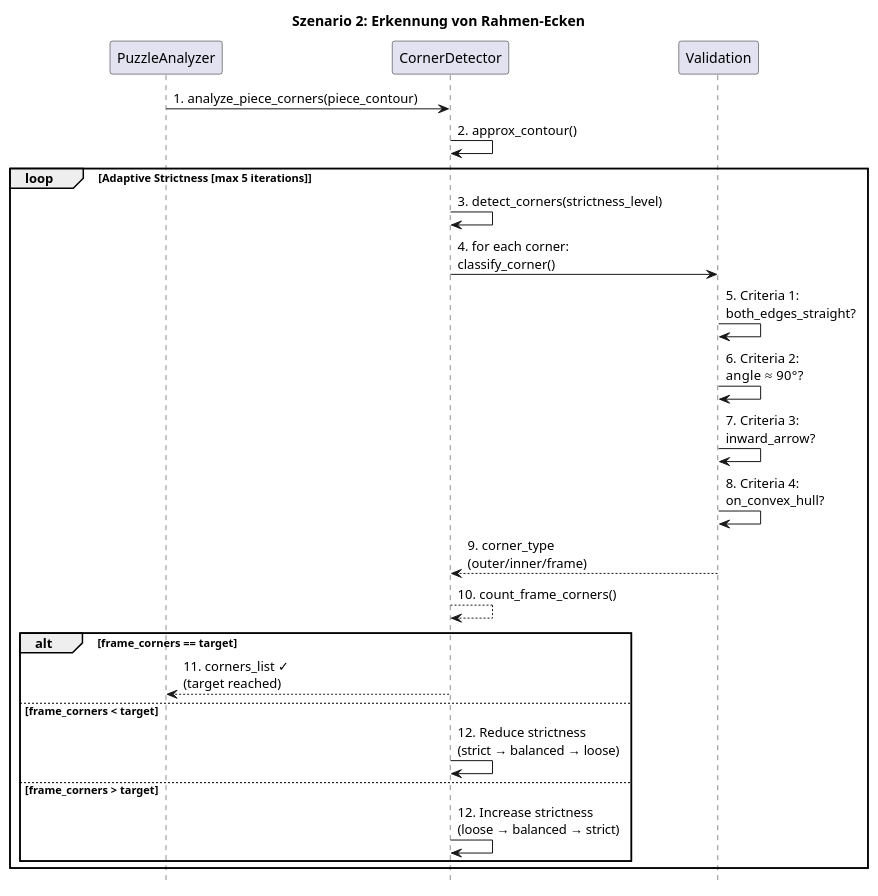
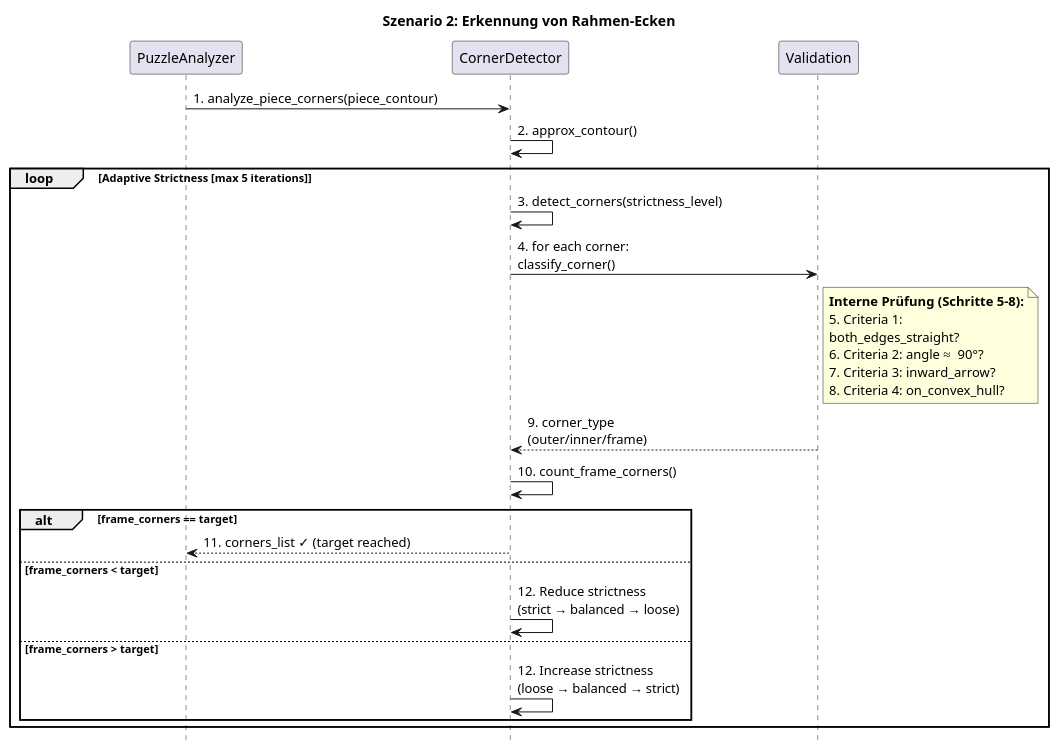
The diagram in diagrams/szenario2-frame-corner-detection.puml (PrenTeam3/simulator-v2), drawn with PlantUML before and after one commit. The commit also changed 4 other files, not shown here.

Commit message:
updated diagramm

```diff
--- a/diagrams/szenario2-frame-corner-detection.puml
+++ b/diagrams/szenario2-frame-corner-detection.puml
@@ -1,44 +1,49 @@
 @startuml
 title Szenario 2: Erkennung von Rahmen-Ecken
 
-skinparam ParticipantPadding 80
+' Erhöhtes Padding zieht das Diagramm in die Breite
+skinparam ParticipantPadding 100
 skinparam BoxPadding 20
+skinparam wrapWidth 200
 hide footbox
 
 participant "PuzzleAnalyzer" as PA
 participant "CornerDetector" as CD
 participant "Validation" as V
 
 PA -> CD: 1. analyze_piece_corners(piece_contour)
 
 CD -> CD: 2. approx_contour()
 
 loop Adaptive Strictness [max 5 iterations]
 
     CD -> CD: 3. detect_corners(strictness_level)
 
     CD -> V: 4. for each corner:\nclassify_corner()
 
-    V -> V: 5. Criteria 1:\nboth_edges_straight?
-
-    V -> V: 6. Criteria 2:\nangle ≈ 90°?
-
-    V -> V: 7. Criteria 3:\ninward_arrow?
-
-    V -> V: 8. Criteria 4:\non_convex_hull?
+    ' HIER IST DIE HAUPTÄNDERUNG:
+    ' Schritte 5-8 in eine Notiz rechts ausgelagert
+    ' Das spart viel vertikalen Platz und nutzt die Breite
+    note right of V
+      **Interne Prüfung (Schritte 5-8):**
+      5. Criteria 1: both_edges_straight?
+      6. Criteria 2: angle ≈ 90°?
+      7. Criteria 3: inward_arrow?
+      8. Criteria 4: on_convex_hull?
+    end note
 
     V --> CD: 9. corner_type\n(outer/inner/frame)
 
-    CD --> CD: 10. count_frame_corners()
+    CD -> CD: 10. count_frame_corners()
 
     alt frame_corners == target
-        CD --> PA: 11. corners_list ✓\n(target reached)
+        CD --> PA: 11. corners_list ✓ (target reached)
     else frame_corners < target
         CD -> CD: 12. Reduce strictness\n(strict → balanced → loose)
     else frame_corners > target
         CD -> CD: 12. Increase strictness\n(loose → balanced → strict)
     end
 
 end
 
 @enduml
```
